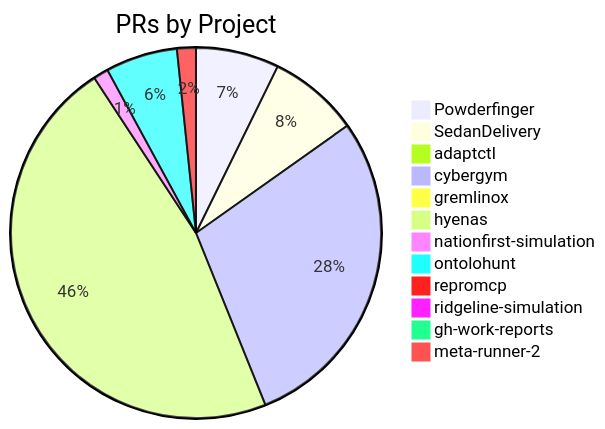
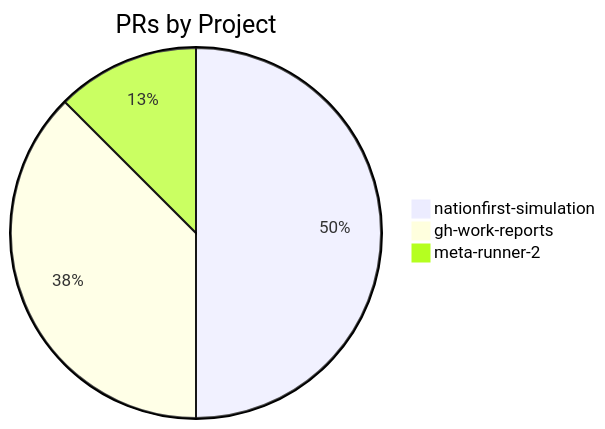
One commit to nlscng/gh-work-reports changed the first of 2 diagrams in docs/reports/report-2026-04-02-to-2026-04-09.md. Above: the diagram before and after it, drawn with Mermaid. The commit also changed other lines of this file and 1 other file, not shown here.

````diff
--- a/docs/reports/report-2026-04-02-to-2026-04-09.md
+++ b/docs/reports/report-2026-04-02-to-2026-04-09.md
@@ -18,15 +18,6 @@
 ```mermaid
 pie title PRs by Project
-    "Powderfinger" : 22
-    "SedanDelivery" : 24
-    "adaptctl" : 1
-    "cybergym" : 87
-    "gremlinox" : 3
-    "hyenas" : 142
     "nationfirst-simulation" : 4
-    "ontolohunt" : 19
-    "repromcp" : 5
-    "ridgeline-simulation" : 1
     "gh-work-reports" : 3
     "meta-runner-2" : 1
 ```
````
